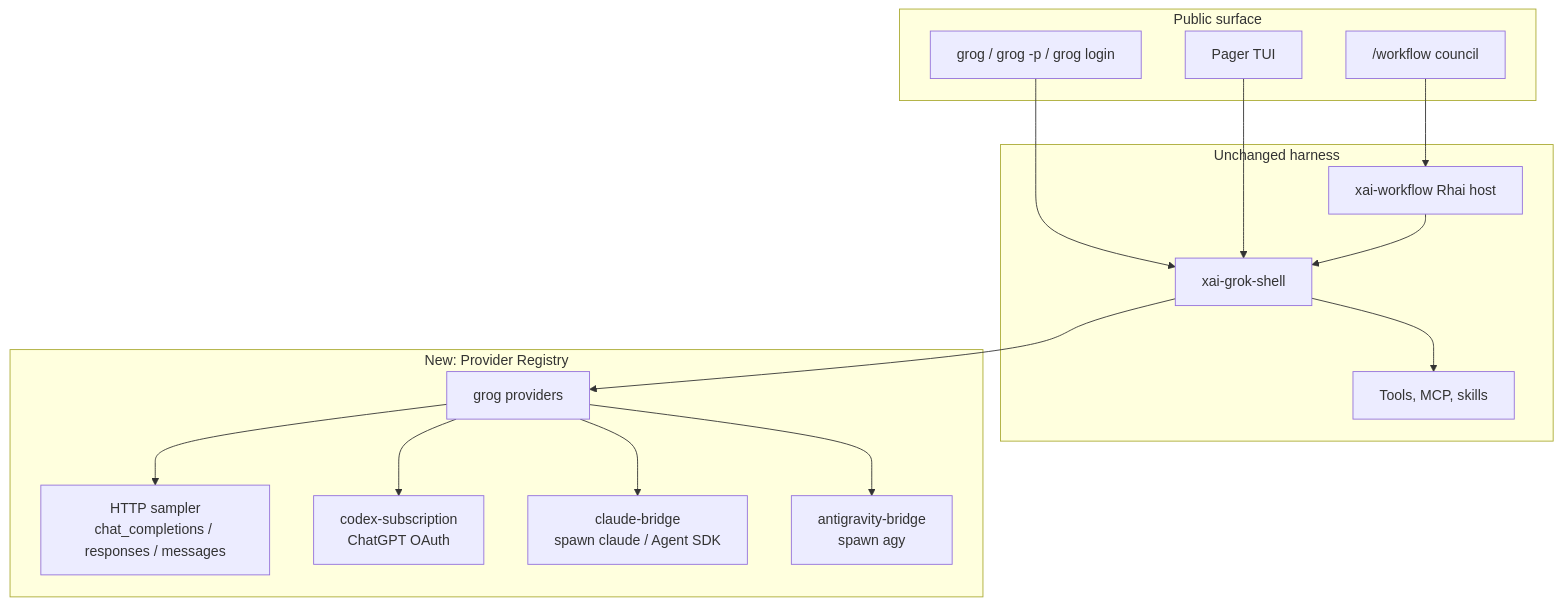
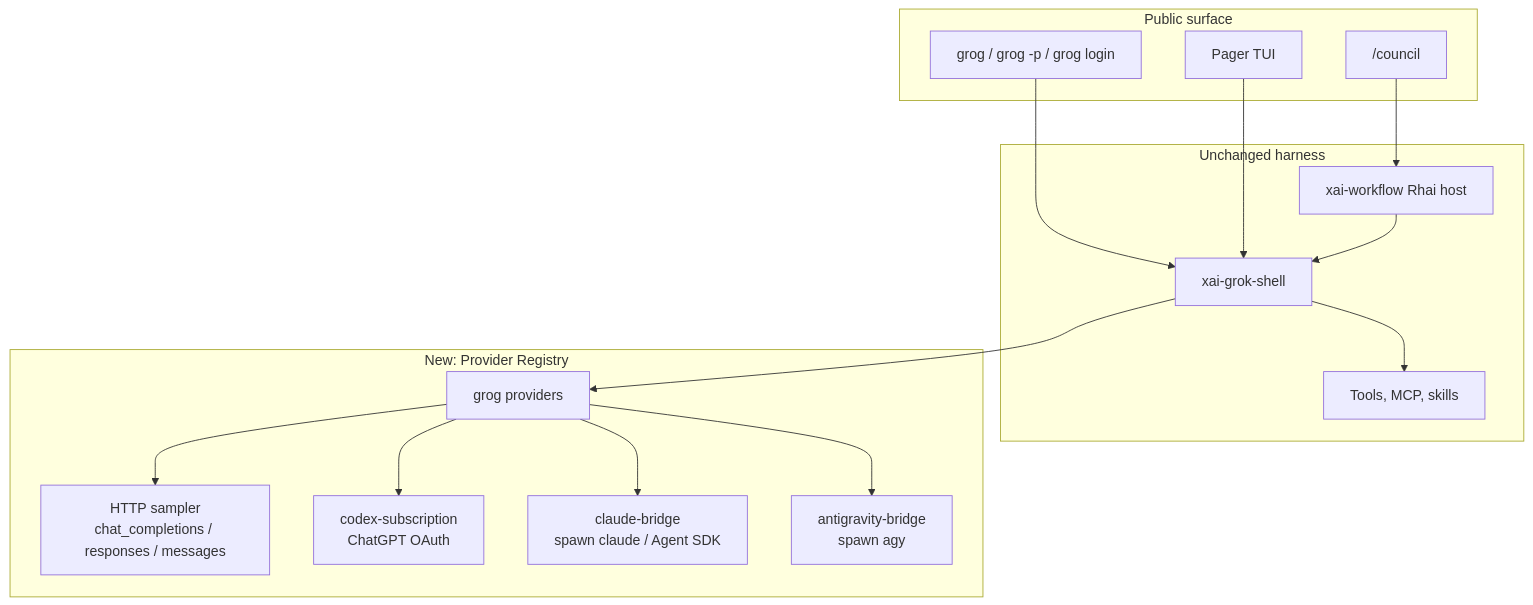
One commit to giiyms/grog-build changed the diagram in docs/grog.md. Above: the diagram before and after it, drawn with Mermaid. The commit also changed other lines of this file and 19 other files, not shown here.

````diff
--- a/docs/grog.md
+++ b/docs/grog.md
@@ -70,33 +71,33 @@
 ```mermaid
 flowchart TB
   subgraph ui [Public surface]
     CLI["grog / grog -p / grog login"]
     TUI["Pager TUI"]
-    WF["/workflow council"]
+    WF["/council"]
   end
 
   subgraph runtime [Unchanged harness]
     SHELL["xai-grok-shell"]
     TOOLS["Tools, MCP, skills"]
     RHAI["xai-workflow Rhai host"]
   end
 
   subgraph providers [New: Provider Registry]
     REG["grog providers"]
     HTTP["HTTP sampler<br/>chat_completions / responses / messages"]
     CODEX["codex-subscription<br/>ChatGPT OAuth"]
     CLAUDE["claude-bridge<br/>spawn claude / Agent SDK"]
     AGY["antigravity-bridge<br/>spawn agy"]
   end
 
   CLI --> SHELL
   TUI --> SHELL
   WF --> RHAI
   RHAI --> SHELL
   SHELL --> TOOLS
   SHELL --> REG
   REG --> HTTP
   REG --> CODEX
   REG --> CLAUDE
   REG --> AGY
 ```
````
